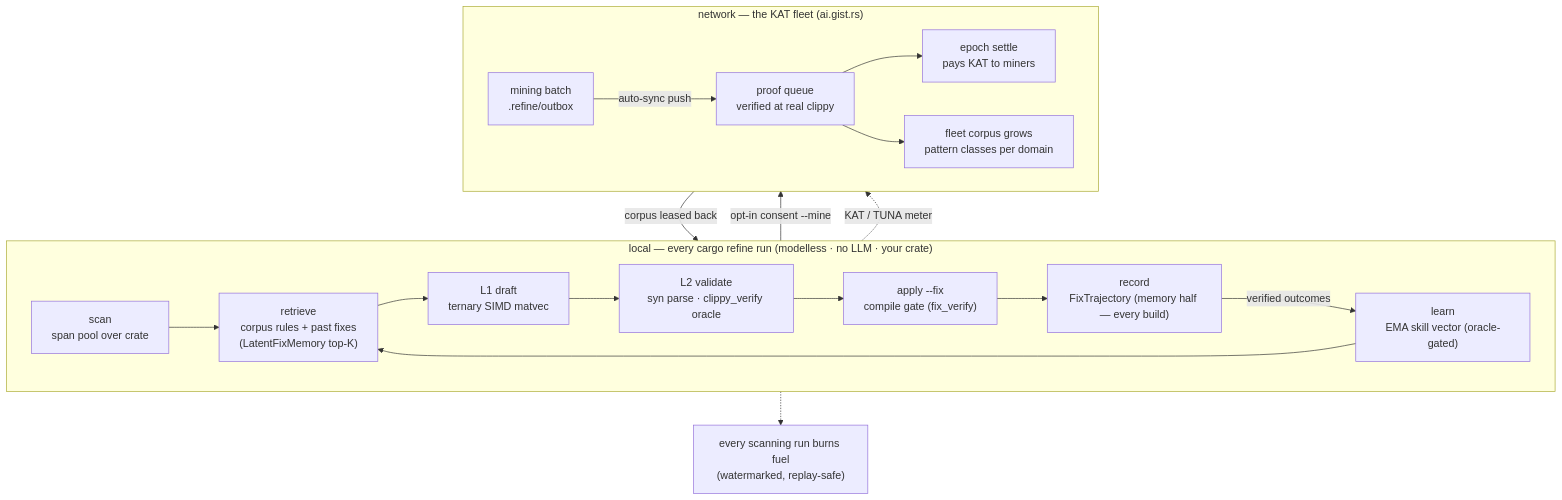
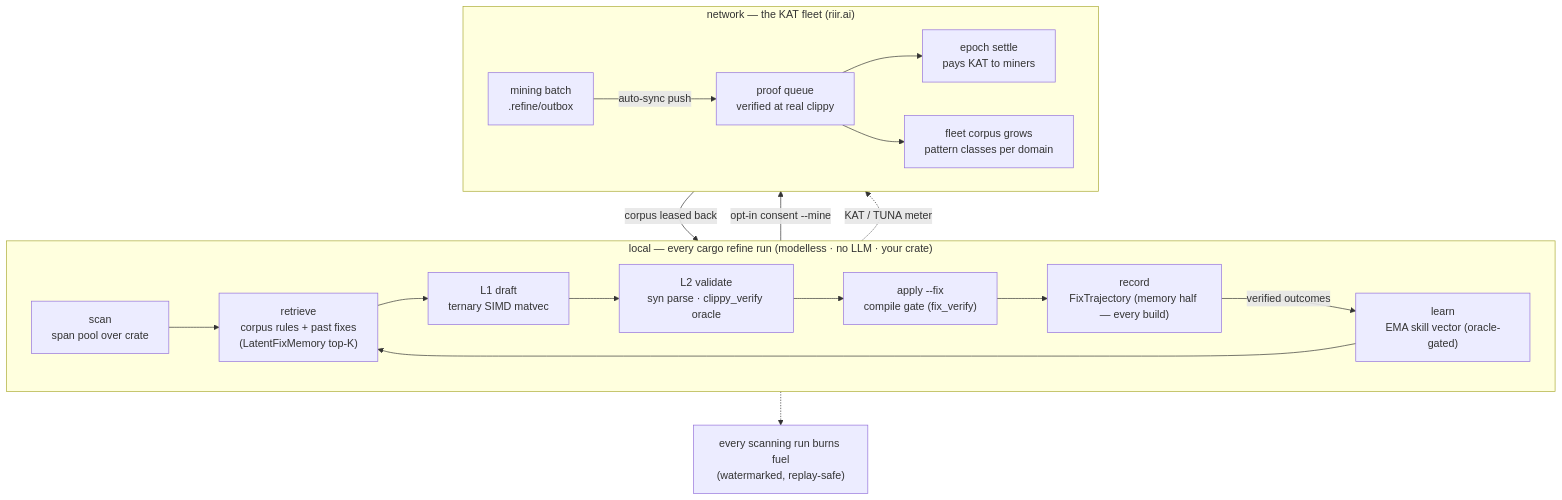
One commit to riir-ai/riir-refine changed the diagram in .docs/10_self_evolve/self_evolve_flow.md. Above: the diagram before and after it, drawn with Mermaid. The commit also changed other lines of this file and 11 other files, not shown here.

````diff
--- a/.docs/10_self_evolve/self_evolve_flow.md
+++ b/.docs/10_self_evolve/self_evolve_flow.md
@@ -146,26 +146,26 @@
 ```mermaid
 flowchart TB
     subgraph LOCAL["local — every cargo refine run (modelless · no LLM · your crate)"]
         direction LR
         SCAN["scan<br/>span pool over crate"] --> RET["retrieve<br/>corpus rules + past fixes<br/>(LatentFixMemory top-K)"]
         RET --> DRAFT["L1 draft<br/>ternary SIMD matvec"]
         DRAFT --> VAL["L2 validate<br/>syn parse · clippy_verify oracle"]
         VAL --> FIX["apply --fix<br/>compile gate (fix_verify)"]
         FIX --> REC["record<br/>FixTrajectory (memory half — every build)"]
         REC -->|"verified outcomes"| LEARN["learn<br/>EMA skill vector (oracle-gated)"]
         LEARN --> RET
     end
 
     REC -->|"opt-in consent --mine"| OUT["mining batch<br/>.refine/outbox"]
 
-    subgraph NET["network — the KAT fleet (ai.gist.rs)"]
+    subgraph NET["network — the KAT fleet (riir.ai)"]
         direction LR
         OUT -->|"auto-sync push"| PROOF["proof queue<br/>verified at real clippy"]
         PROOF --> SETTLE["epoch settle<br/>pays KAT to miners"]
         PROOF --> GROW["fleet corpus grows<br/>pattern classes per domain"]
     end
 
     GROW -->|"corpus leased back"| RET
     SCAN -.->|"KAT / TUNA meter"| SETTLE
     SCAN -.-> BURN["every scanning run burns fuel<br/>(watermarked, replay-safe)"]
 ```
````
